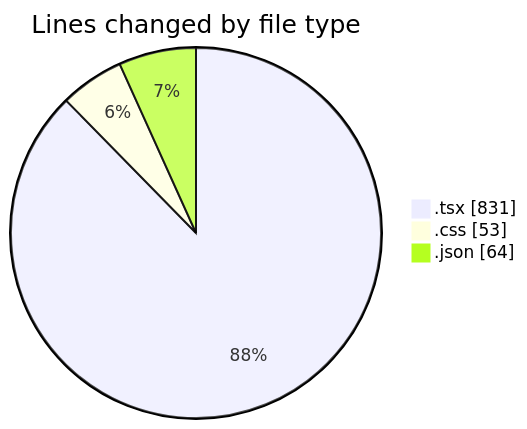
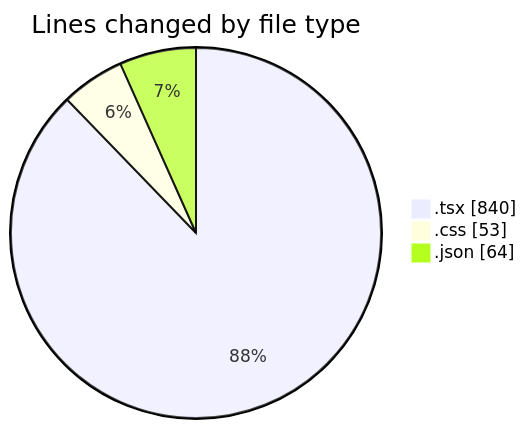
Before and after one commit to Elitesun/code-tracking: the first of 2 diagrams in 2025-04-10/product-page/README.md, drawn with Mermaid. The commit also changed other lines of this file and 1 other file, not shown here.

````diff
--- a/2025-04-10/product-page/README.md
+++ b/2025-04-10/product-page/README.md
@@ -29,7 +30,7 @@
 ```mermaid
 pie showData
 title Lines changed by file type
-".tsx" : 831
+".tsx" : 840
 ".css" : 53
 ".json" : 64
 ```
````
